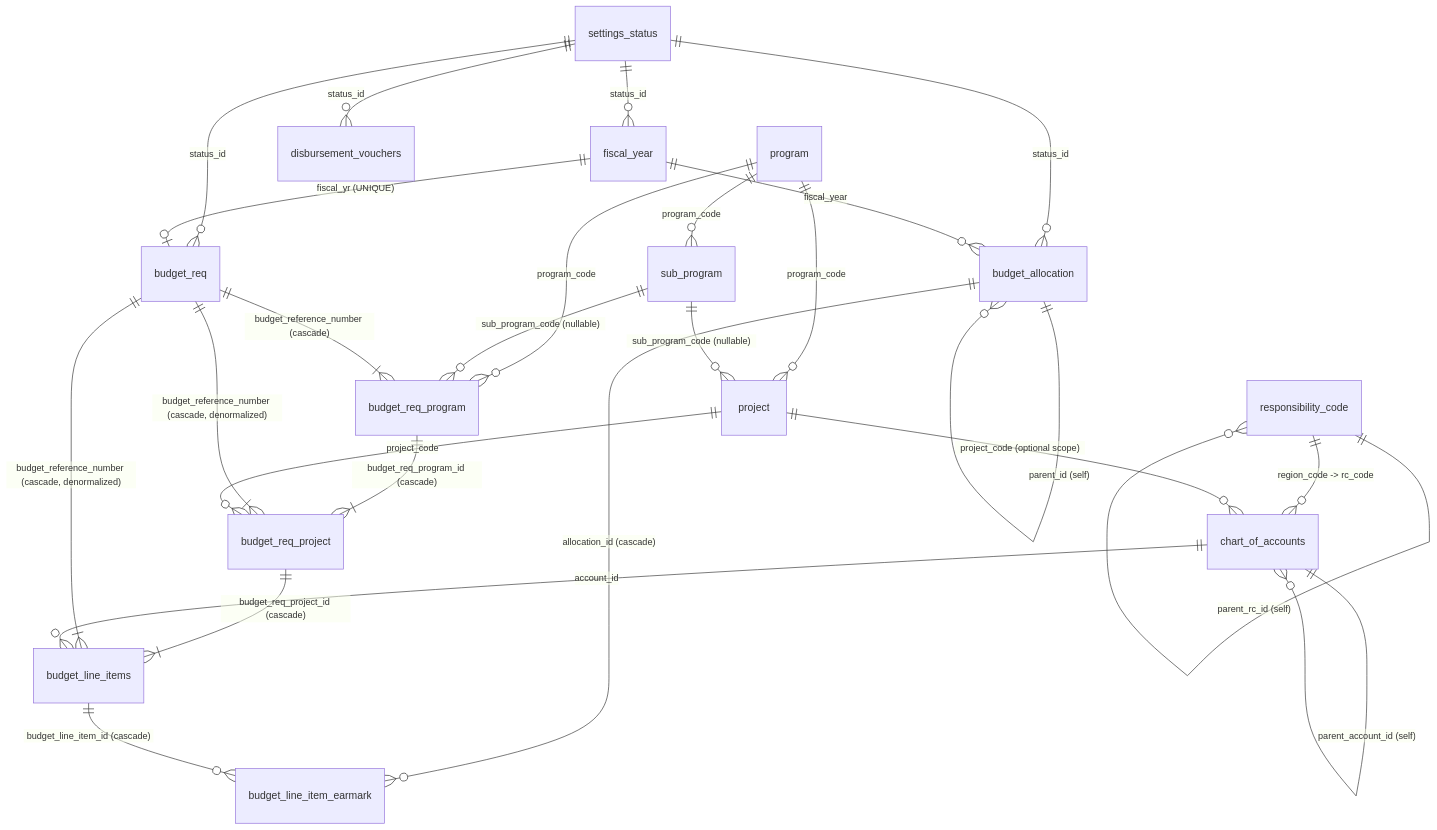
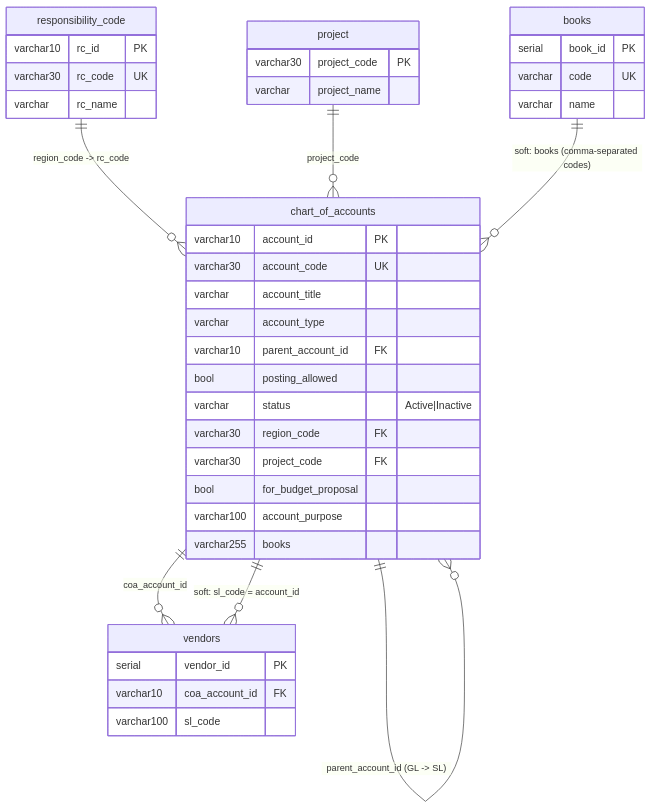
One commit to A-team-ITBS/fims-nha changed diagram 20 of 36 in system_docs/ERD/README.md. Above: the diagram before and after it, drawn with Mermaid. The commit also changed other lines of this file and 2 other files, not shown here.

First line of the commit message:
Add comprehensive process flow documentation for FIMS NHA system

````diff
--- a/system_docs/ERD/README.md
+++ b/system_docs/ERD/README.md
@@ -129,28 +1333,42 @@
 ```mermaid
 erDiagram
-    settings_status ||--o{ fiscal_year : "status_id"
-    settings_status ||--o{ budget_req : "status_id"
-    settings_status ||--o{ budget_allocation : "status_id"
-    settings_status ||--o{ disbursement_vouchers : "status_id"
-    fiscal_year ||--o| budget_req : "fiscal_yr (UNIQUE)"
-    fiscal_year ||--o{ budget_allocation : "fiscal_year"
-    program ||--o{ sub_program : "program_code"
-    program ||--o{ project : "program_code"
-    program ||--o{ budget_req_program : "program_code"
-    sub_program ||--o{ project : "sub_program_code (nullable)"
-    sub_program ||--o{ budget_req_program : "sub_program_code (nullable)"
-    budget_req ||--|{ budget_req_program : "budget_reference_number (cascade)"
-    budget_req_program ||--|{ budget_req_project : "budget_req_program_id (cascade)"
-    budget_req ||--|{ budget_req_project : "budget_reference_number (cascade, denormalized)"
-    project ||--o{ budget_req_project : "project_code"
-    budget_req_project ||--|{ budget_line_items : "budget_req_project_id (cascade)"
-    budget_req ||--|{ budget_line_items : "budget_reference_number (cascade, denormalized)"
-    chart_of_accounts ||--o{ budget_line_items : "account_id"
-    chart_of_accounts ||--o{ chart_of_accounts : "parent_account_id (self)"
-    responsibility_code ||--o{ responsibility_code : "parent_rc_id (self)"
+    chart_of_accounts ||--o{ chart_of_accounts : "parent_account_id (GL -> SL)"
     responsibility_code ||--o{ chart_of_accounts : "region_code -> rc_code"
-    project ||--o{ chart_of_accounts : "project_code (optional scope)"
-    budget_allocation ||--o{ budget_allocation : "parent_id (self)"
-    budget_allocation ||--o{ budget_line_item_earmark : "allocation_id (cascade)"
-    budget_line_items ||--o{ budget_line_item_earmark : "budget_line_item_id (cascade)"
+    project ||--o{ chart_of_accounts : "project_code"
+    chart_of_accounts ||--o{ vendors : "coa_account_id"
+    chart_of_accounts ||--o{ vendors : "soft: sl_code = account_id"
+    books ||--o{ chart_of_accounts : "soft: books (comma-separated codes)"
+    chart_of_accounts {
+        varchar10 account_id PK
+        varchar30 account_code UK
+        varchar account_title
+        varchar account_type
+        varchar10 parent_account_id FK
+        bool posting_allowed
+        varchar status "Active|Inactive"
+        varchar30 region_code FK
+        varchar30 project_code FK
+        bool for_budget_proposal
+        varchar100 account_purpose
+        varchar255 books
+    }
+    responsibility_code {
+        varchar10 rc_id PK
+        varchar30 rc_code UK
+        varchar rc_name
+    }
+    project {
+        varchar30 project_code PK
+        varchar project_name
+    }
+    books {
+        serial book_id PK
+        varchar code UK
+        varchar name
+    }
+    vendors {
+        serial vendor_id PK
+        varchar10 coa_account_id FK
+        varchar100 sl_code
+    }
 ```
````
